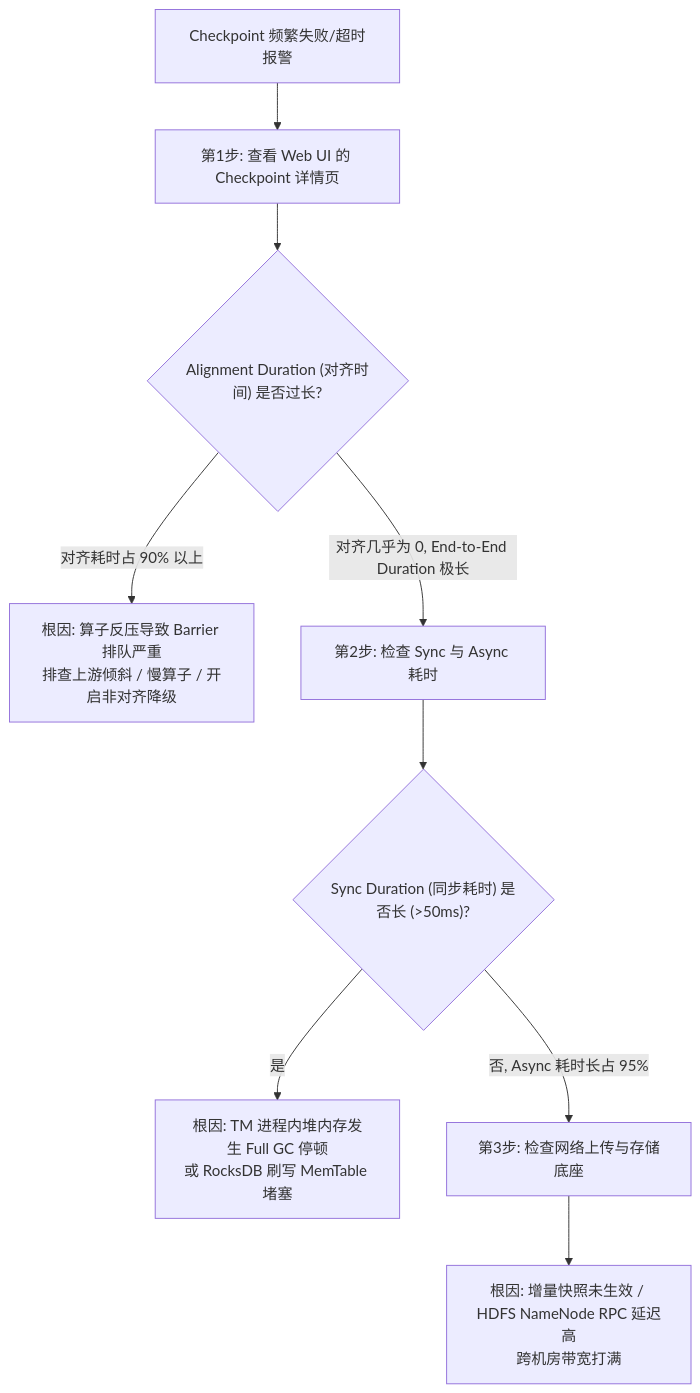
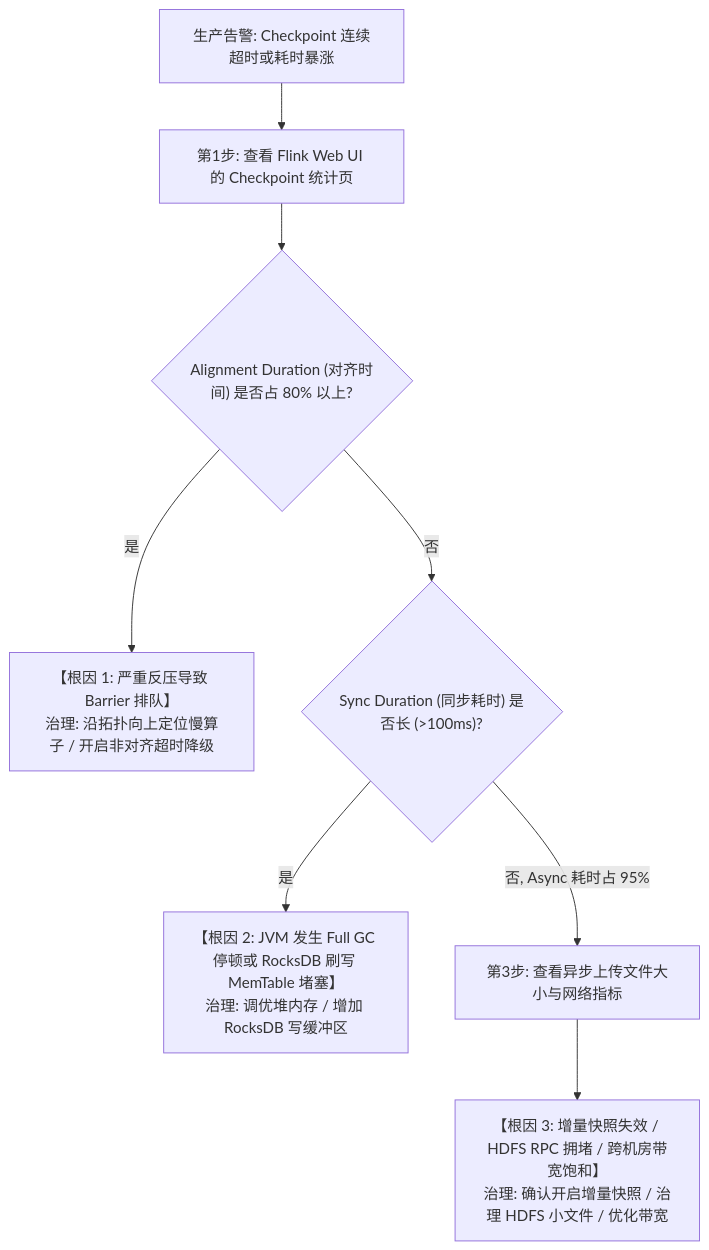
One commit to tieke1121/tech-interview-knowledge-base changed the sixth of 8 diagrams in 01-bigdata/01-flink/02-flink-state-checkpoint.md. Above: the diagram before and after it, drawn with Mermaid. The commit also changed other lines of this file and 3 other files, not shown here.

First line of the commit message:
refactor: upgrade template & docs for technical director/architect interview

````diff
--- a/01-bigdata/01-flink/02-flink-state-checkpoint.md
+++ b/01-bigdata/01-flink/02-flink-state-checkpoint.md
@@ -321,11 +244,13 @@
 ```mermaid
 flowchart TD
-    Issue["Checkpoint 频繁失败/超时报警"] --> Step1["第1步: 查看 Web UI 的 Checkpoint 详情页"]
-    Step1 --> Check{"Alignment Duration (对齐时间) 是否过长?"}
-    Check -->|对齐耗时占 90% 以上| RootA["根因: 算子反压导致 Barrier 排队严重<br/>排查上游倾斜 / 慢算子 / 开启非对齐降级"]
-    Check -->|对齐几乎为 0, End-to-End Duration 极长| Step2["第2步: 检查 Sync 与 Async 耗时"]
-    Step2 --> CheckSync{"Sync Duration (同步耗时) 是否长 (>50ms)?"}
-    CheckSync -->|是| RootB["根因: TM 进程内堆内存发生 Full GC 停顿<br/>或 RocksDB 刷写 MemTable 堵塞"]
-    CheckSync -->|否, Async 耗时长占 95%| Step3["第3步: 检查网络上传与存储底座"]
-    Step3 --> RootC["根因: 增量快照未生效 / HDFS NameNode RPC 延迟高<br/>跨机房带宽打满"]
+    Alert["生产告警: Checkpoint 连续超时或耗时暴涨"] --> Step1["第1步: 查看 Flink Web UI 的 Checkpoint 统计页"]
+    Step1 --> Check{"Alignment Duration (对齐时间) 是否占 80% 以上?"}
+    
+    Check -->|是| RootA["【根因 1: 严重反压导致 Barrier 排队】<br/>治理: 沿拓扑向上定位慢算子 / 开启非对齐超时降级"]
+    Check -->|否| CheckSync{"Sync Duration (同步耗时) 是否长 (>100ms)?"}
+    
+    CheckSync -->|是| RootB["【根因 2: JVM 发生 Full GC 停顿或 RocksDB 刷写 MemTable 堵塞】<br/>治理: 调优堆内存 / 增加 RocksDB 写缓冲区"]
+    CheckSync -->|否, Async 耗时占 95%| Step3["第3步: 查看异步上传文件大小与网络指标"]
+    
+    Step3 --> RootC["【根因 3: 增量快照失效 / HDFS RPC 拥堵 / 跨机房带宽饱和】<br/>治理: 确认开启增量快照 / 治理 HDFS 小文件 / 优化带宽"]
 ```
````
